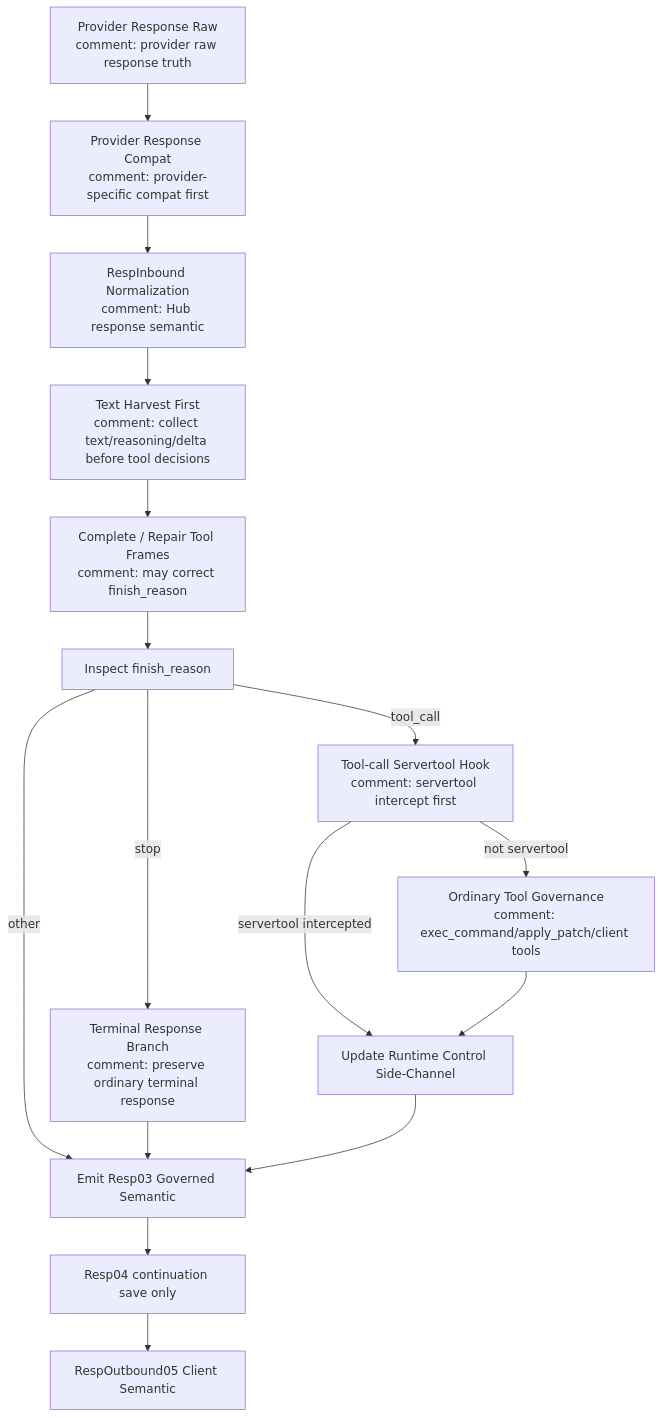
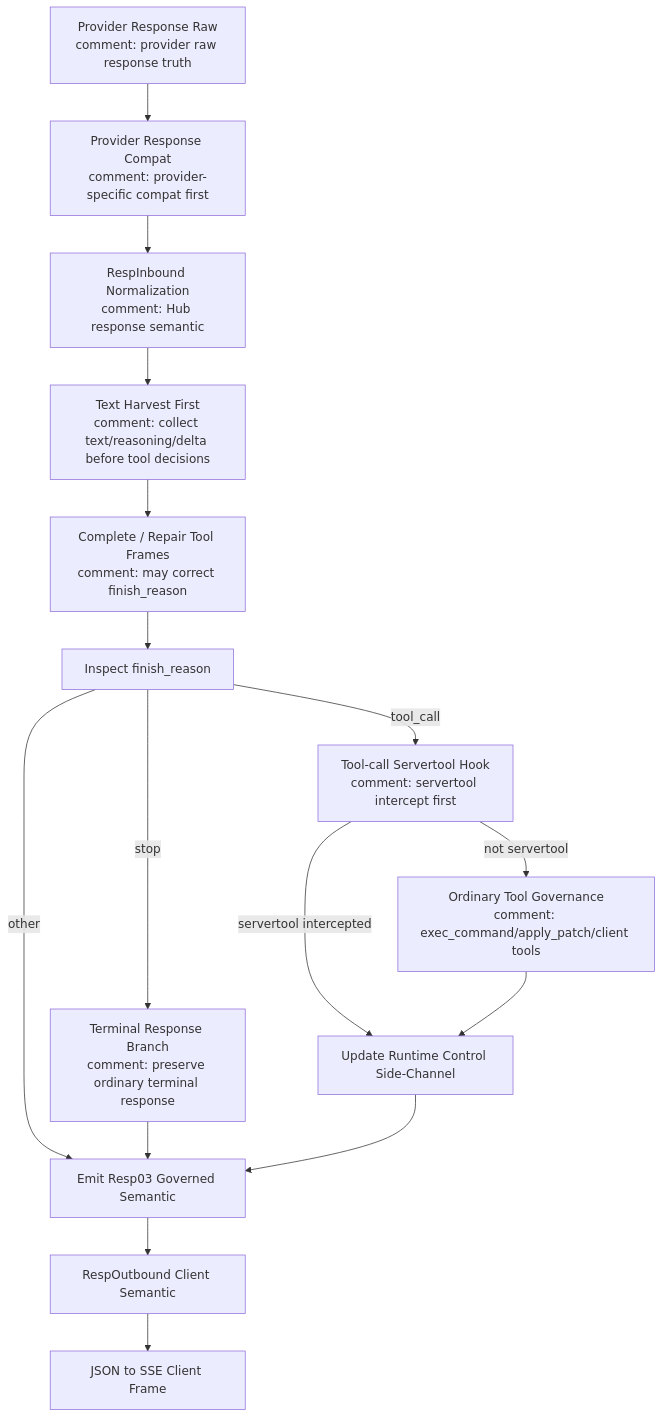
Before and after one commit to Jasonzhangf/routecodex: the second of 2 diagrams in docs/architecture/wiki/v3-req04-tool-governance-review.md, drawn with Mermaid. The commit also changed other lines of this file and 287 other files, not shown here.

````diff
--- a/docs/architecture/wiki/v3-req04-tool-governance-review.md
+++ b/docs/architecture/wiki/v3-req04-tool-governance-review.md
@@ -71,18 +68,18 @@
 ```mermaid
 flowchart TD
   A[Provider Response Raw\ncomment: provider raw response truth] --> B[Provider Response Compat\ncomment: provider-specific compat first]
   B --> C[RespInbound Normalization\ncomment: Hub response semantic]
   C --> D[Text Harvest First\ncomment: collect text/reasoning/delta before tool decisions]
   D --> E[Complete / Repair Tool Frames\ncomment: may correct finish_reason]
   E --> F[Inspect finish_reason]
   F -- tool_call --> G[Tool-call Servertool Hook\ncomment: servertool intercept first]
   F -- stop --> H[Terminal Response Branch\ncomment: preserve ordinary terminal response]
   F -- other --> K[Emit Resp03 Governed Semantic]
   G -- servertool intercepted --> I[Update Runtime Control Side-Channel]
   G -- not servertool --> J[Ordinary Tool Governance\ncomment: exec_command/apply_patch/client tools]
   J --> I
   H --> K
   I --> K
-  K --> L[Resp04 continuation save only]
-  L --> M[RespOutbound05 Client Semantic]
+  K --> L[RespOutbound Client Semantic]
+  L --> M[JSON to SSE Client Frame]
 ```
````
